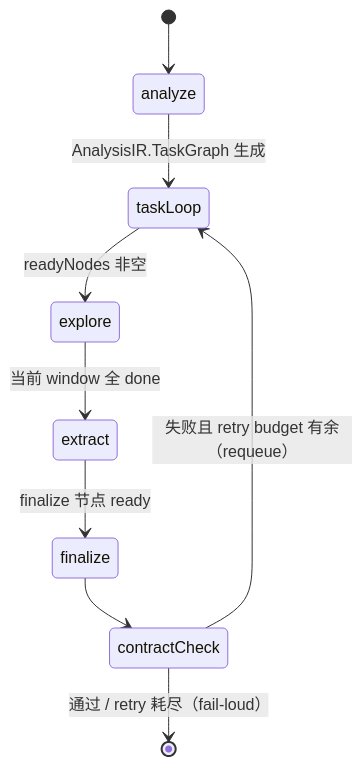
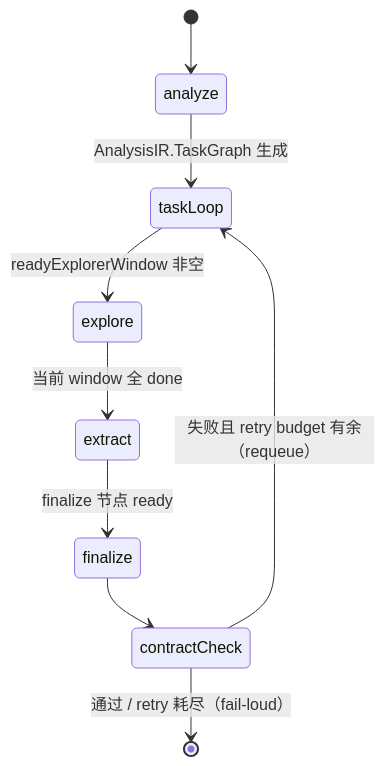
Before and after one commit to hanchaoqun/codrax: the second of 4 diagrams in docs/architecture.md, drawn with Mermaid. The commit also changed other lines of this file and 33 other files, not shown here.

````diff
--- a/docs/architecture.md
+++ b/docs/architecture.md
@@ -112,11 +112,11 @@
 ```mermaid
 stateDiagram-v2
     [*] --> analyze
     analyze --> taskLoop : AnalysisIR.TaskGraph 生成
-    taskLoop --> explore : readyNodes 非空
+    taskLoop --> explore : readyExplorerWindow 非空
     explore --> extract : 当前 window 全 done
     extract --> finalize : finalize 节点 ready
     finalize --> contractCheck
     contractCheck --> taskLoop : 失败且 retry budget 有余（requeue）
     contractCheck --> [*] : 通过 / retry 耗尽（fail-loud）
 ```
````
